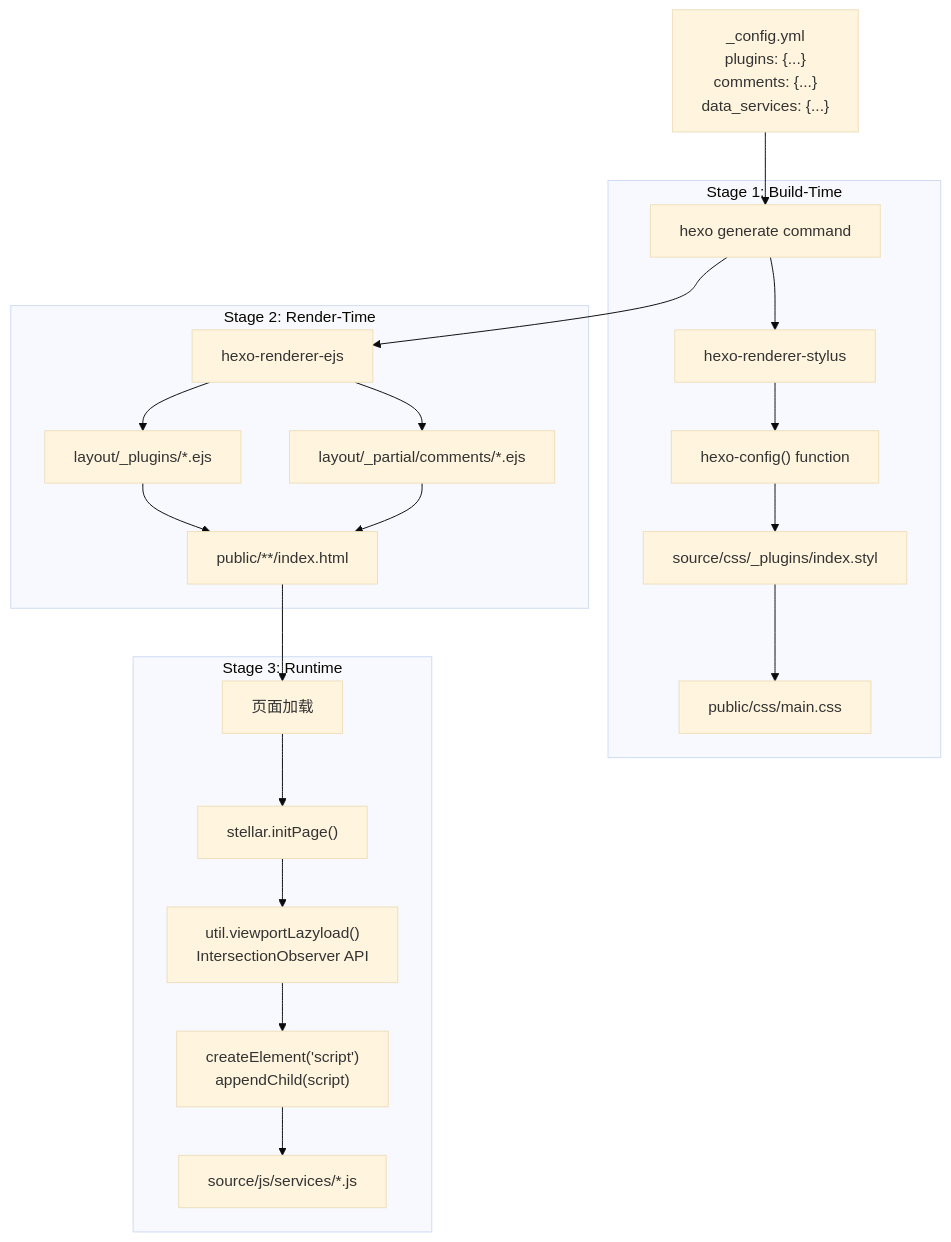
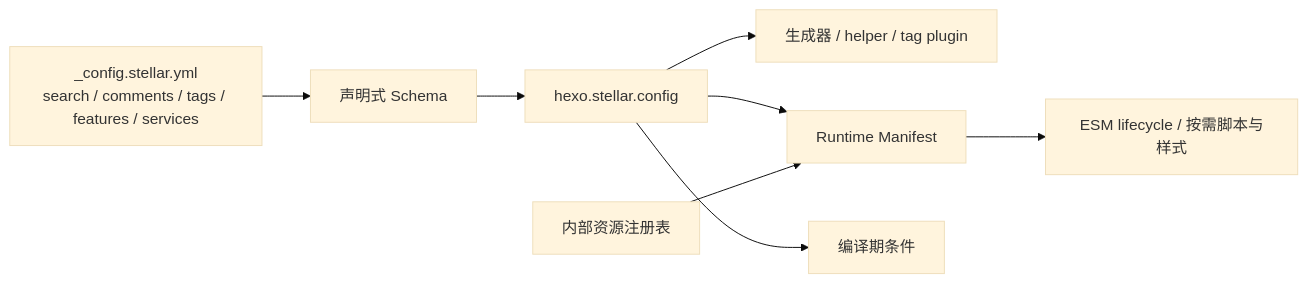
One commit to xaoxuu/hexo-theme-stellar changed the diagram in docs/knowledge/07-外部集成/integrations-overview.md. Above: the diagram before and after it, drawn with Mermaid (base theme). The commit also changed other lines of this file and 861 other files, not shown here.

````diff
--- a/docs/knowledge/07-外部集成/integrations-overview.md
+++ b/docs/knowledge/07-外部集成/integrations-overview.md
@@ -47,45 +23,10 @@
 ```mermaid
-graph TB
-    CONFIG["_config.yml<br/>plugins: {...}<br/>comments: {...}<br/>data_services: {...}"]
-    
-    subgraph "Stage 1: Build-Time"
-        HEXO_GEN["hexo generate command"]
-        STYLUS["hexo-renderer-stylus"]
-        HEXO_CONFIG_FN["hexo-config() function"]
-        INDEX_STYL["source/css/_plugins/index.styl"]
-        MAIN_CSS["public/css/main.css"]
-    end
-    
-    subgraph "Stage 2: Render-Time"
-        EJS_RENDER["hexo-renderer-ejs"]
-        PLUGIN_TEMPLATES["layout/_plugins/*.ejs"]
-        COMMENT_TEMPLATES["layout/_partial/comments/*.ejs"]
-        HTML_OUTPUT["public/**/index.html"]
-    end
-    
-    subgraph "Stage 3: Runtime"
-        PAGE_LOAD["页面加载"]
-        STELLAR_INIT["stellar.initPage()"]
-        VIEWPORT_OBS["util.viewportLazyload()<br/>IntersectionObserver API"]
-        DYNAMIC_LOAD["createElement('script')<br/>appendChild(script)"]
-        SERVICE_EXEC["source/js/services/*.js"]
-    end
-    
-    CONFIG --> HEXO_GEN
-    HEXO_GEN --> STYLUS
-    STYLUS --> HEXO_CONFIG_FN
-    HEXO_CONFIG_FN --> INDEX_STYL
-    INDEX_STYL --> MAIN_CSS
-    
-    HEXO_GEN --> EJS_RENDER
-    EJS_RENDER --> PLUGIN_TEMPLATES
-    EJS_RENDER --> COMMENT_TEMPLATES
-    PLUGIN_TEMPLATES --> HTML_OUTPUT
-    COMMENT_TEMPLATES --> HTML_OUTPUT
-    
-    HTML_OUTPUT --> PAGE_LOAD
-    PAGE_LOAD --> STELLAR_INIT
-    STELLAR_INIT --> VIEWPORT_OBS
-    VIEWPORT_OBS --> DYNAMIC_LOAD
-    DYNAMIC_LOAD --> SERVICE_EXEC
+flowchart LR
+  YAML["_config.stellar.yml\nsearch / comments / tags / features / services"] --> SCHEMA["声明式 Schema"]
+  SCHEMA --> CONFIG["hexo.stellar.config"]
+  CONFIG --> SERVER["生成器 / helper / tag plugin"]
+  CONFIG --> EJS["Runtime Manifest"]
+  CONFIG --> STYLUS["编译期条件"]
+  ASSETS["内部资源注册表"] --> EJS
+  EJS --> PAGE["ESM lifecycle / 按需脚本与样式"]
 ```
````
